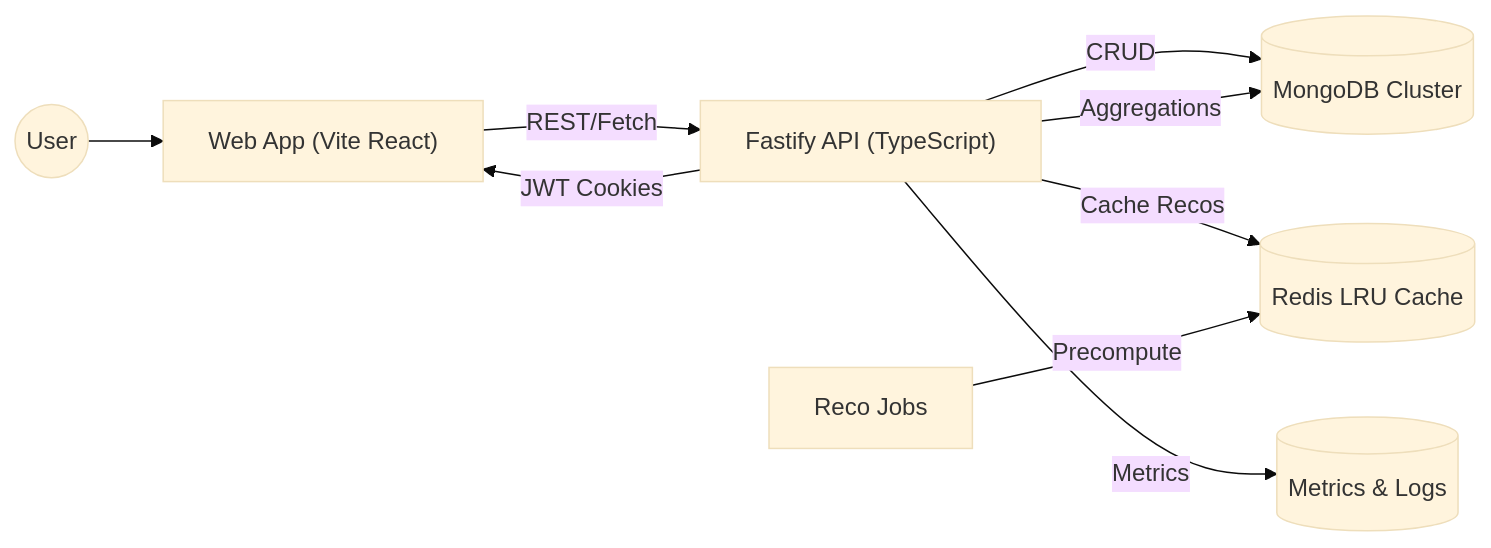
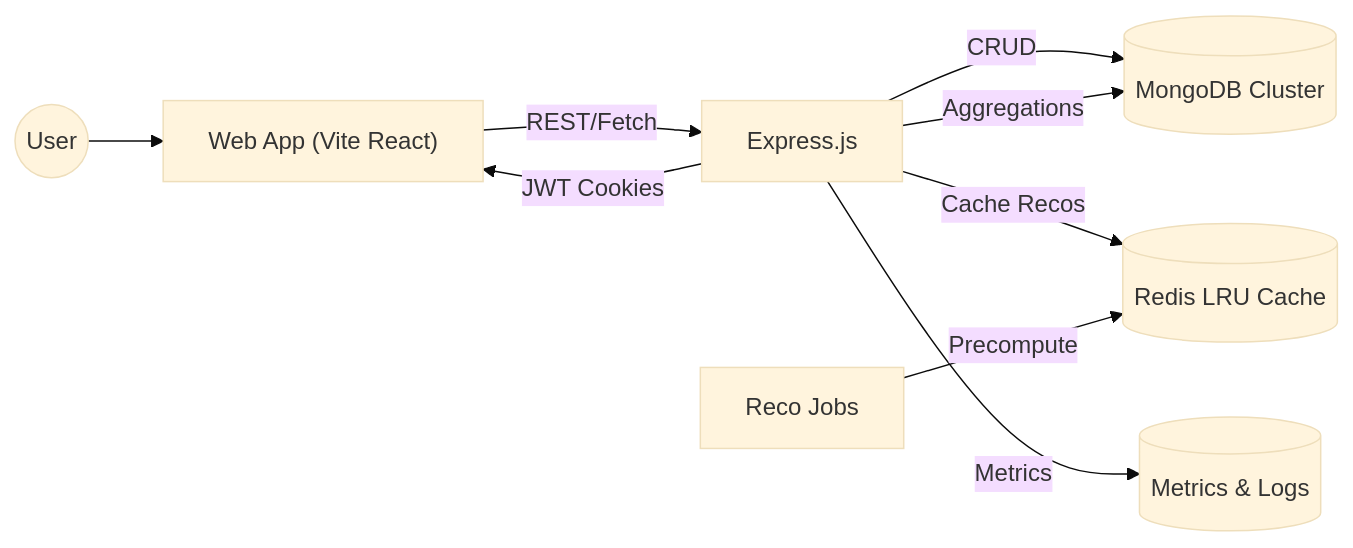
One commit to a169n/db6_assignment changed the diagram in docs/architecture.md. Above: the diagram before and after it, drawn with Mermaid (base theme).

````diff
--- a/docs/architecture.md
+++ b/docs/architecture.md
@@ -3,11 +3,11 @@
 ```mermaid
 flowchart LR
-  Web["Web App (Vite React)"] -- REST/Fetch --> API["Fastify API (TypeScript)"]
+  Web["Web App (Vite React)"] -- REST/Fetch --> API["Express.js"]
   API -- JWT Cookies --> Web
   API -- CRUD --> MongoDB[(MongoDB Cluster)]
   API -- Cache Recos --> Redis[(Redis LRU Cache)]
   API -- Metrics --> Observability[(Metrics & Logs)]
   API -- Aggregations --> MongoDB
   Reco["Reco Jobs"] -- Precompute --> Redis
   User((User)) --> Web
 ```
````
